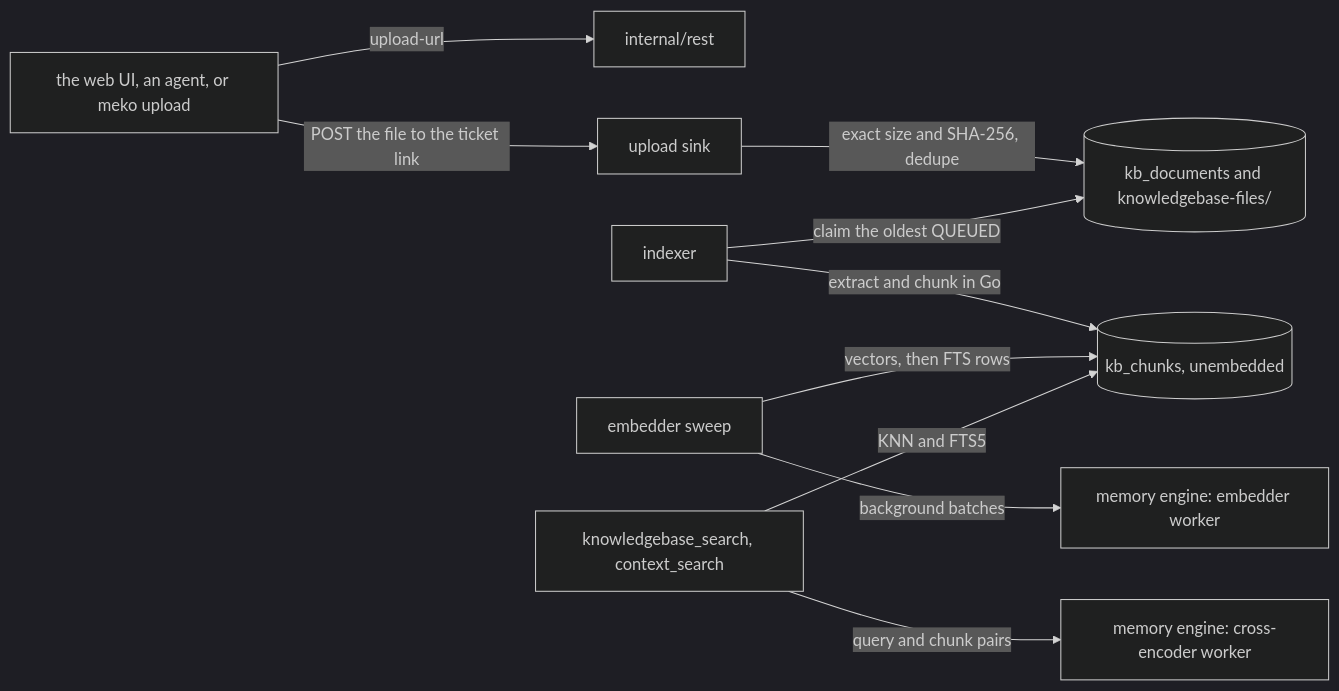
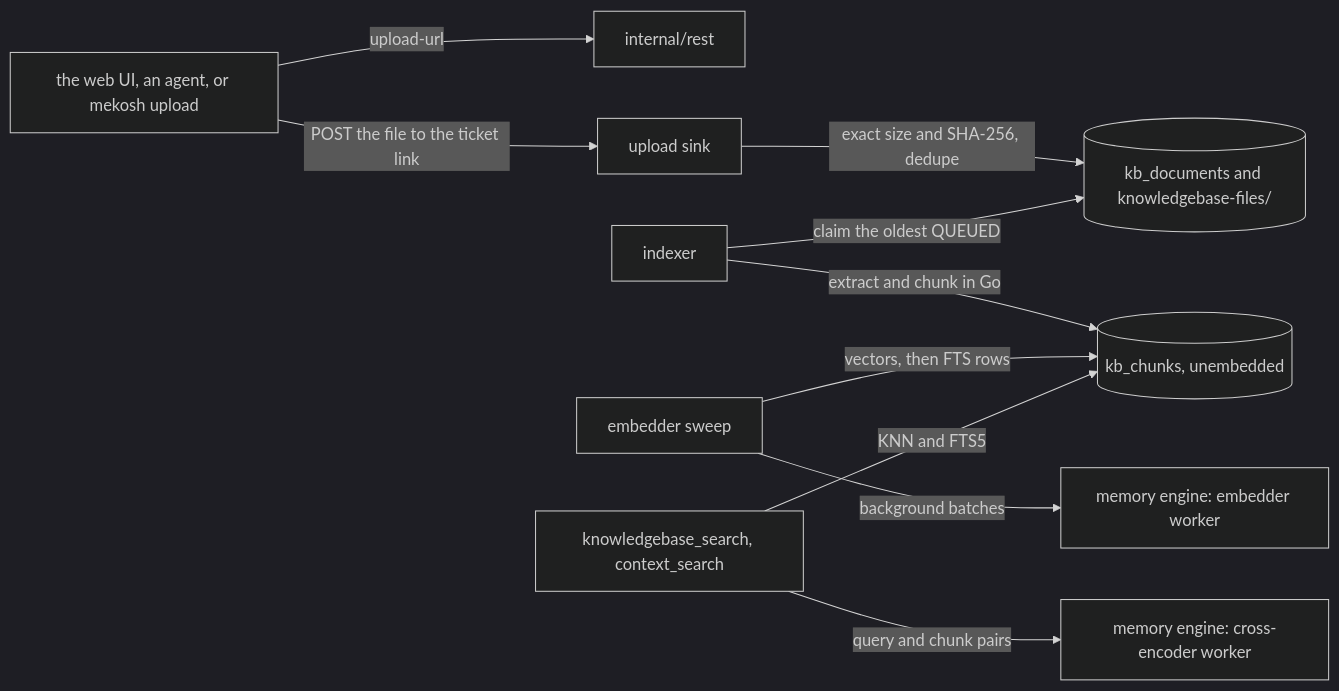
One commit to yugabyte/meko changed the diagram in backend/docs/knowledge.md. Above: the diagram before and after it, drawn with Mermaid (dark theme). The commit also changed other lines of this file and 47 other files, not shown here.

First line of the commit message:
feat(agentk,meko,presenter): split the CLI into meko and mekosh

````diff
--- a/backend/docs/knowledge.md
+++ b/backend/docs/knowledge.md
@@ -39,12 +39,12 @@
 ```mermaid
 flowchart LR
-  caller["the web UI, an agent, or meko upload"] -->|"upload-url"| rest["internal/rest"]
+  caller["the web UI, an agent, or mekosh upload"] -->|"upload-url"| rest["internal/rest"]
   caller -->|"POST the file to the ticket link"| sink["upload sink"]
   sink -->|"exact size and SHA-256, dedupe"| docs[("kb_documents and knowledgebase-files/")]
   idx["indexer"] -->|"claim the oldest QUEUED"| docs
   idx -->|"extract and chunk in Go"| chunks[("kb_chunks, unembedded")]
   sweep["embedder sweep"] -->|"background batches"| emb["memory engine: embedder worker"]
   sweep -->|"vectors, then FTS rows"| chunks
   search["knowledgebase_search, context_search"] -->|"KNN and FTS5"| chunks
   search -->|"query and chunk pairs"| rr["memory engine: cross-encoder worker"]
 ```
````
